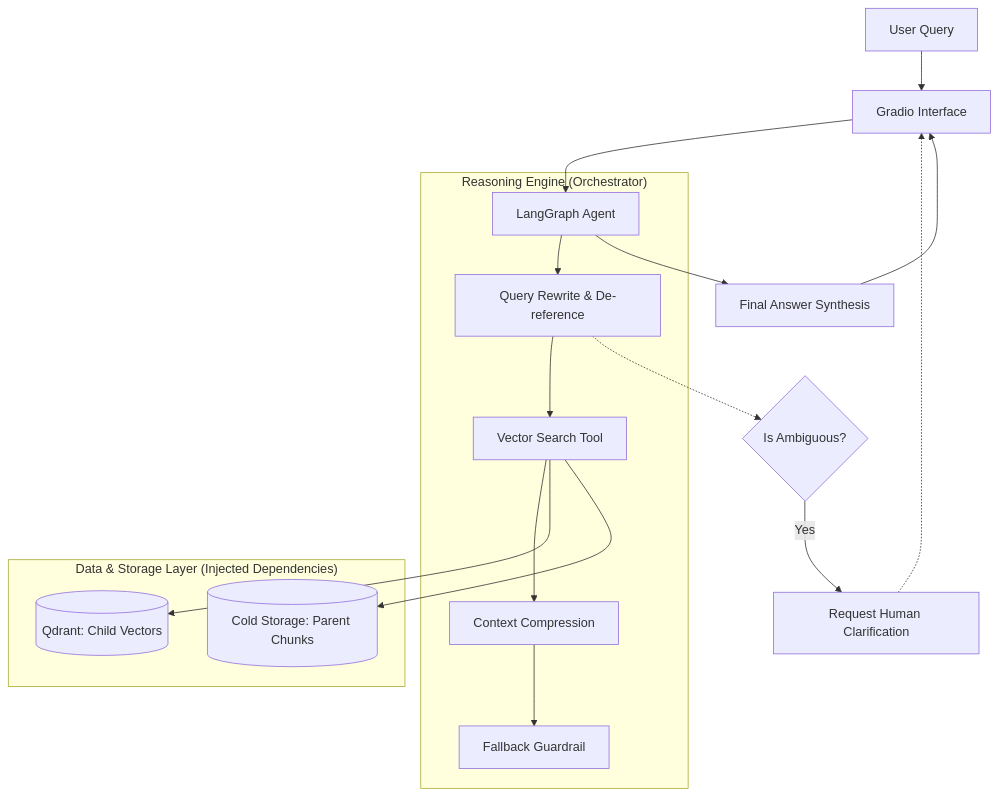
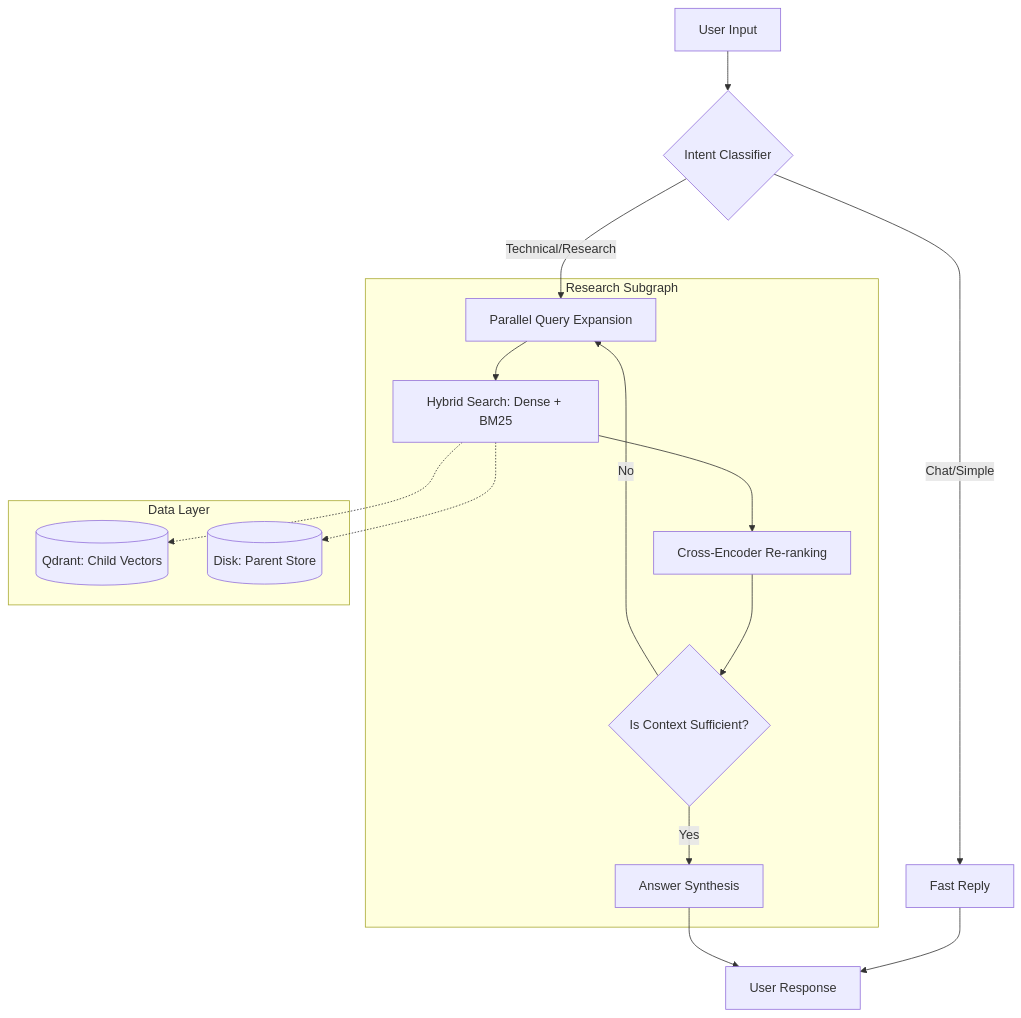
One commit to alimaksudi/agentic_rag_langgraph changed the diagram in README.md. Above: the diagram before and after it, drawn with Mermaid. The commit also changed other lines of this file, not shown here.

Commit message:
Update README: Add architecture diagrams, Docker setup, and SOTA retrieval details

````diff
--- a/README.md
+++ b/README.md
@@ -29,24 +35,23 @@
 ```mermaid
 graph TD;
-    User[User Query] --> UI[Gradio Interface];
-    UI --> Orchestrator[LangGraph Agent];
+    User[User Input] --> Intent{Intent Classifier};
     
-    subgraph "Reasoning Engine (Orchestrator)"
-    Orchestrator --> Rewrite[Query Rewrite & De-reference];
-    Rewrite --> Search[Vector Search Tool];
-    Search --> Compress[Context Compression];
-    Compress --> Fallback[Fallback Guardrail];
+    Intent -->|Chat/Simple| FastPath[Fast Reply];
+    Intent -->|Technical/Research| Rewrite[Parallel Query Expansion];
+    
+    subgraph "Research Subgraph"
+    Rewrite --> Search[Hybrid Search: Dense + BM25];
+    Search --> Rerank[Cross-Encoder Re-ranking];
+    Rerank --> Threshold{Is Context Sufficient?};
+    Threshold -->|No| Rewrite;
+    Threshold -->|Yes| Synthesis[Answer Synthesis];
     end
     
-    subgraph "Data & Storage Layer (Injected Dependencies)"
-    Search --> Qdrant[(Qdrant: Child Vectors)];
-    Search --> ParentStore[(Cold Storage: Parent Chunks)];
+    FastPath --> Output[User Response];
+    Synthesis --> Output;
+    
+    subgraph "Data Layer"
+    Search -.-> Qdrant[(Qdrant: Child Vectors)];
+    Search -.-> Parent[(Disk: Parent Store)];
     end
-    
-    Orchestrator --> Synthesis[Final Answer Synthesis];
-    Synthesis --> UI;
-    
-    Rewrite -.-> Ambiguous{Is Ambiguous?};
-    Ambiguous -->|Yes| Clarification[Request Human Clarification];
-    Clarification -.-> UI;
 ```
````
